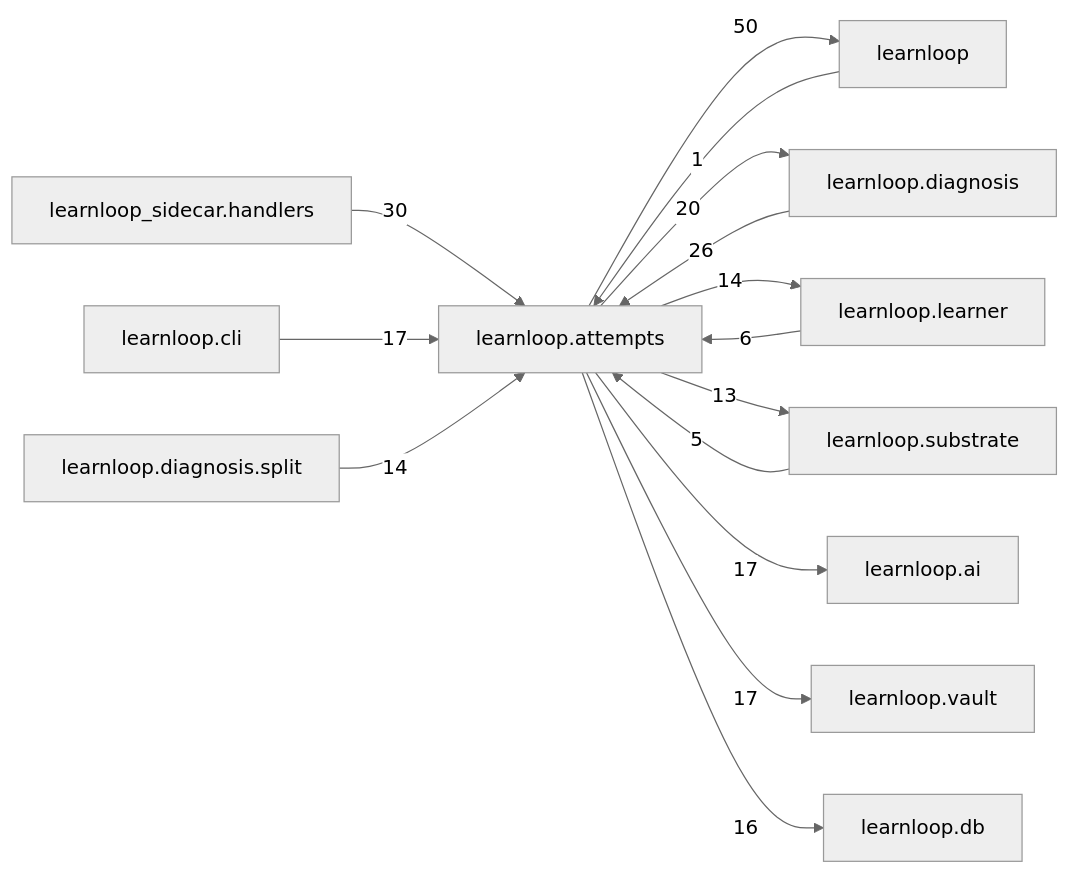
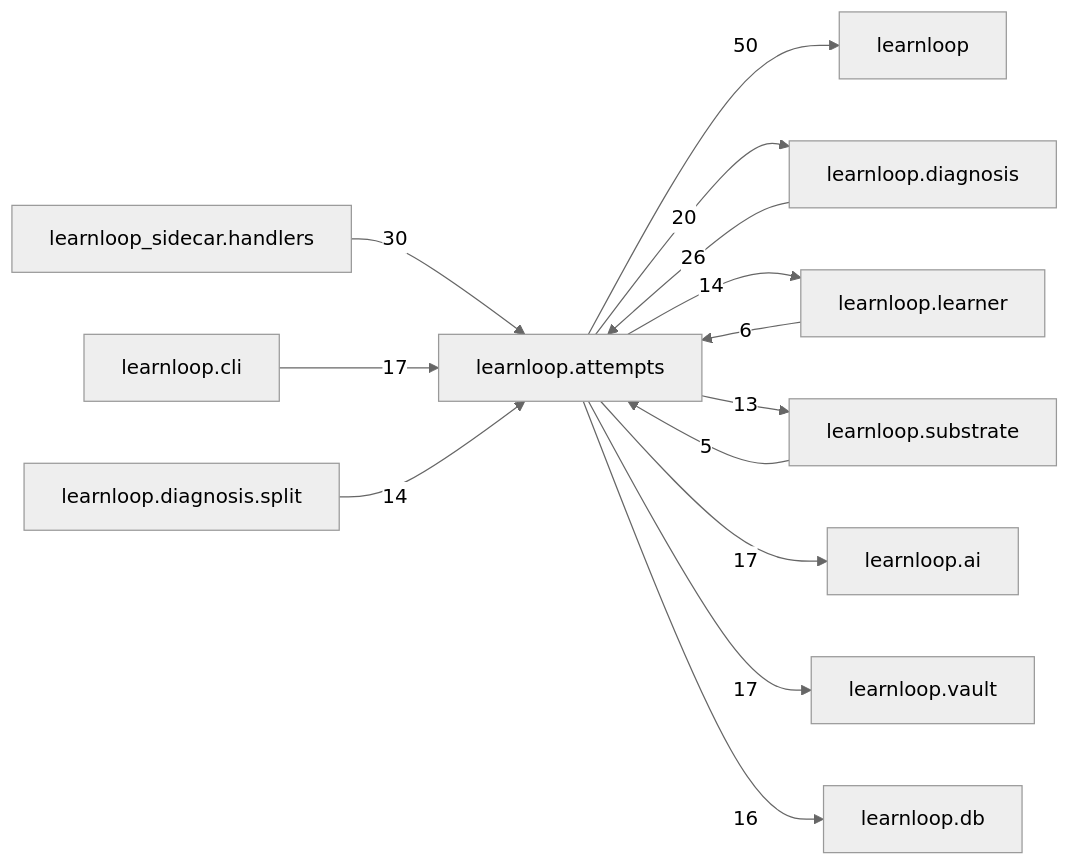
Before and after one commit to 6up-b/learnanything: the diagram in docs/learnloop-architecture-vault/Reference/Modules/learnloop/attempts/_package.md, drawn with Mermaid (neutral theme). The commit also changed other lines of this file and 174 other files, not shown here.

````diff
--- a/docs/learnloop-architecture-vault/Reference/Modules/learnloop/attempts/_package.md
+++ b/docs/learnloop-architecture-vault/Reference/Modules/learnloop/attempts/_package.md
@@ -169,28 +168,27 @@
 ```mermaid
 flowchart LR
     center["learnloop.attempts"]
     n_learnloop["learnloop"]
     n_learnloop_diagnosis["learnloop.diagnosis"]
     n_learnloop_sidecar_handlers["learnloop_sidecar.handlers"]
     n_learnloop_learner["learnloop.learner"]
     n_learnloop_substrate["learnloop.substrate"]
     n_learnloop_ai["learnloop.ai"]
     n_learnloop_cli["learnloop.cli"]
     n_learnloop_vault["learnloop.vault"]
     n_learnloop_db["learnloop.db"]
     n_learnloop_diagnosis_split["learnloop.diagnosis.split"]
-    n_learnloop -->|1| center
     center -->|50| n_learnloop
     n_learnloop_diagnosis -->|26| center
     center -->|20| n_learnloop_diagnosis
     n_learnloop_sidecar_handlers -->|30| center
     n_learnloop_learner -->|6| center
     center -->|14| n_learnloop_learner
     n_learnloop_substrate -->|5| center
     center -->|13| n_learnloop_substrate
     center -->|17| n_learnloop_ai
     n_learnloop_cli -->|17| center
     center -->|17| n_learnloop_vault
     center -->|16| n_learnloop_db
     n_learnloop_diagnosis_split -->|14| center
 ```
````
